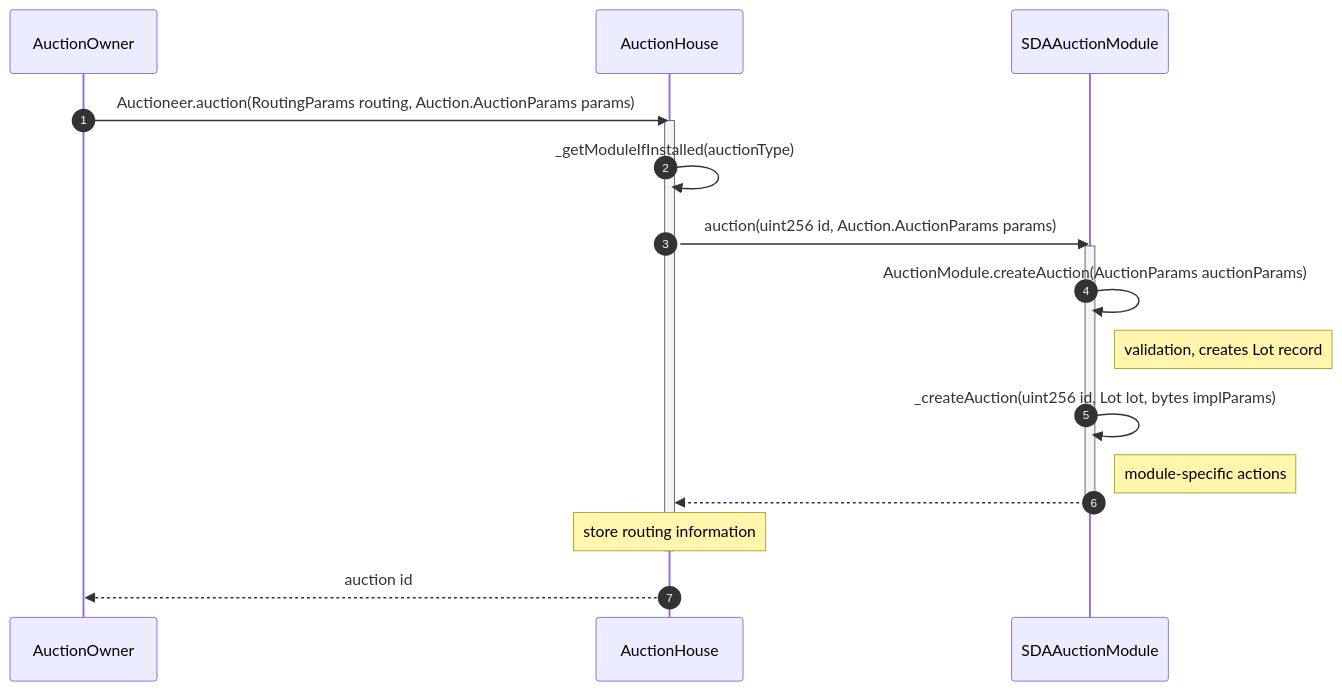
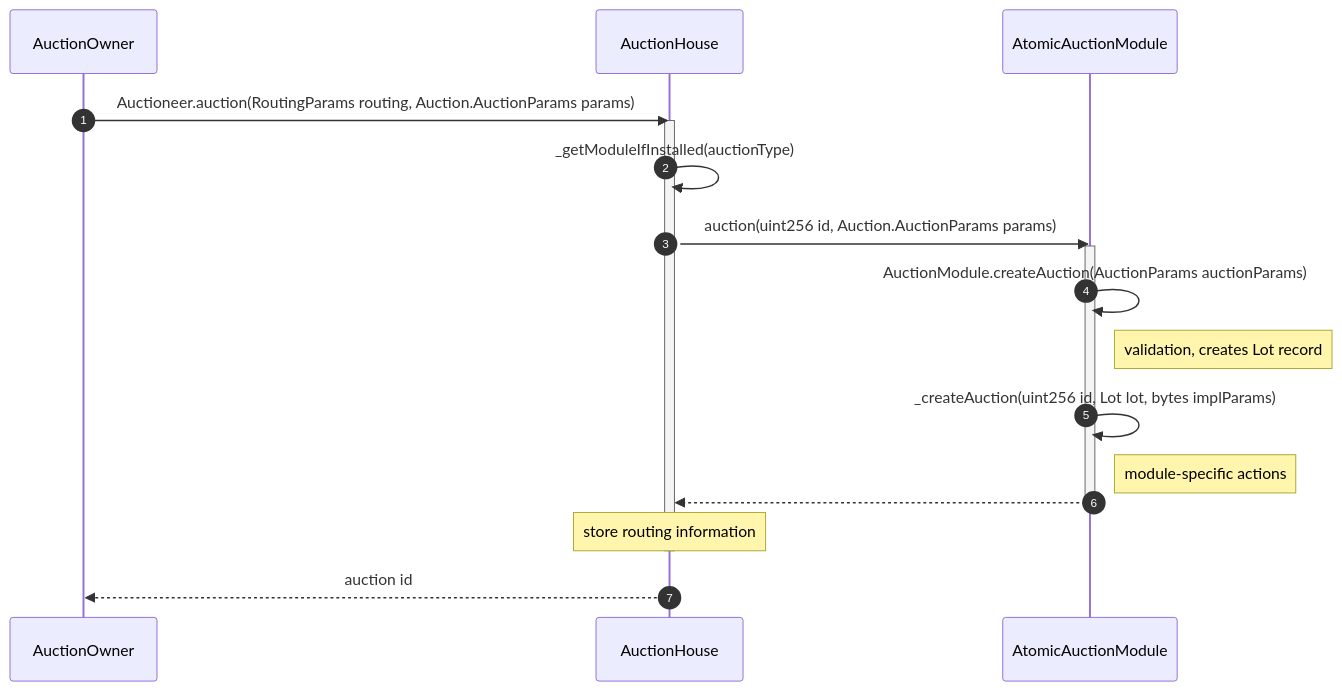
Before and after one commit to Axis-Fi/axis-core: the second of 6 diagrams in ARCHITECTURE.md, drawn with Mermaid. The commit also changed other lines of this file, not shown here.

Commit message:
Correct auction types

````diff
--- a/ARCHITECTURE.md
+++ b/ARCHITECTURE.md
@@ -207,26 +207,26 @@
 ```mermaid
 sequenceDiagram
   autoNumber
   participant AuctionOwner
   participant AuctionHouse
-  participant SDAAuctionModule
+  participant AtomicAuctionModule
 
   AuctionOwner->>AuctionHouse: Auctioneer.auction(RoutingParams routing, Auction.AuctionParams params)
   activate AuctionHouse
     AuctionHouse->>AuctionHouse: _getModuleIfInstalled(auctionType)
 
-    AuctionHouse->>SDAAuctionModule: auction(uint256 id, Auction.AuctionParams params)
-    activate SDAAuctionModule
-      SDAAuctionModule->>SDAAuctionModule: AuctionModule.createAuction(AuctionParams auctionParams)
-      Note right of SDAAuctionModule: validation, creates Lot record
-      SDAAuctionModule->>SDAAuctionModule: _createAuction(uint256 id, Lot lot, bytes implParams)
-      Note right of SDAAuctionModule: module-specific actions
+    AuctionHouse->>AtomicAuctionModule: auction(uint256 id, Auction.AuctionParams params)
+    activate AtomicAuctionModule
+      AtomicAuctionModule->>AtomicAuctionModule: AuctionModule.createAuction(AuctionParams auctionParams)
+      Note right of AtomicAuctionModule: validation, creates Lot record
+      AtomicAuctionModule->>AtomicAuctionModule: _createAuction(uint256 id, Lot lot, bytes implParams)
+      Note right of AtomicAuctionModule: module-specific actions
 
-      SDAAuctionModule-->>AuctionHouse: 
-    deactivate SDAAuctionModule
+      AtomicAuctionModule-->>AuctionHouse: 
+    deactivate AtomicAuctionModule
 
     Note over AuctionHouse: store routing information
   deactivate AuctionHouse
 
   AuctionHouse-->>AuctionOwner: auction id
 ```
````
